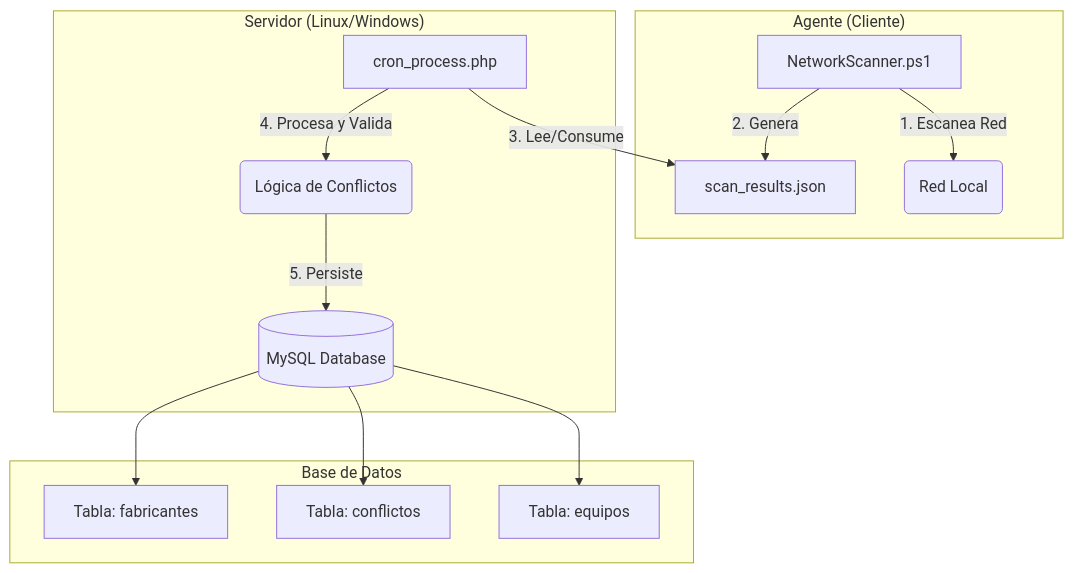
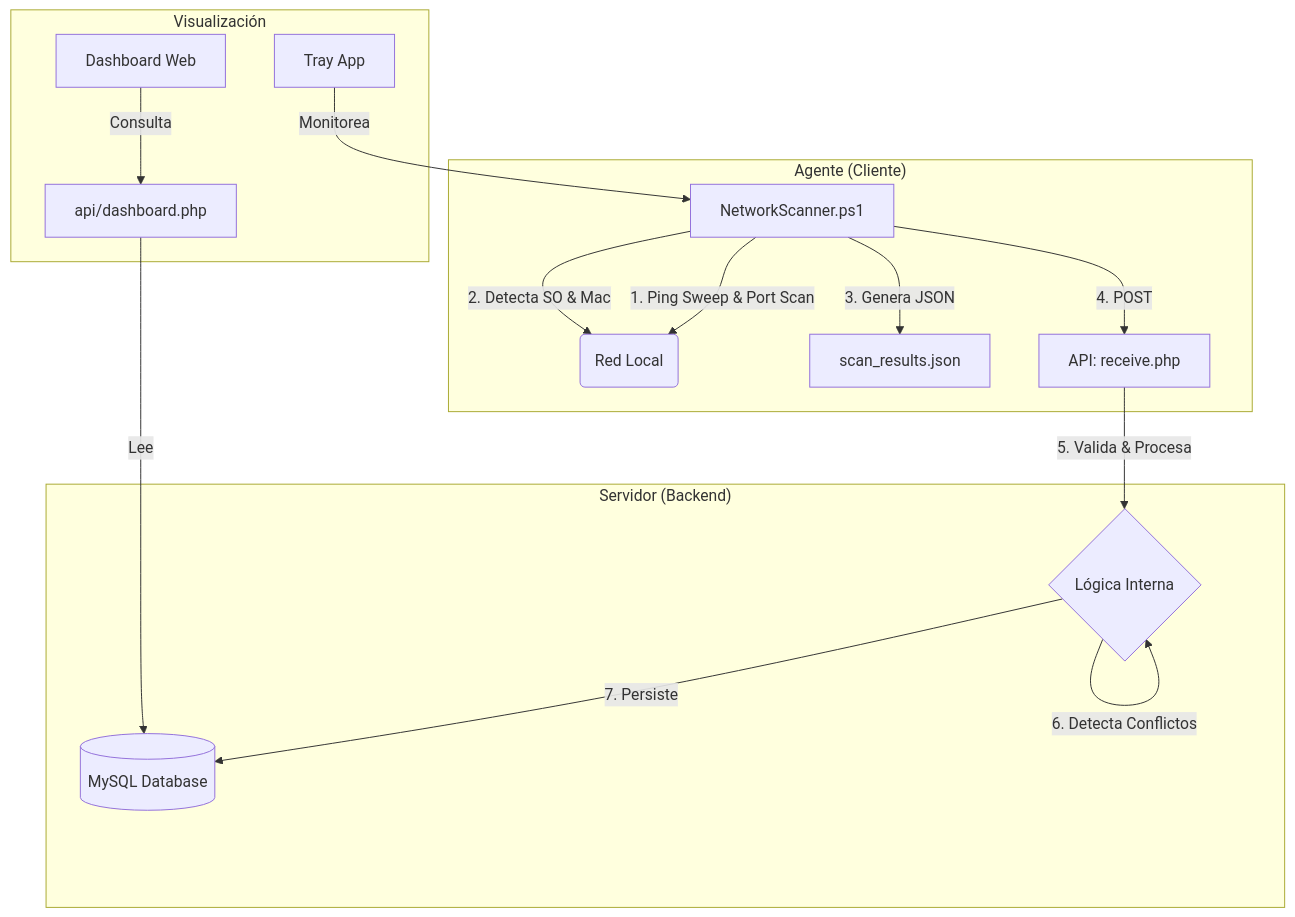
One commit to HectorPOsuna/escaner-red changed the diagram in README.md. Above: the diagram before and after it, drawn with Mermaid. The commit also changed other lines of this file and 5 other files, not shown here.

````diff
--- a/README.md
+++ b/README.md
@@ -37,19 +37,21 @@
 ```mermaid
 graph TD
     subgraph "Agente (Cliente)"
-        A[NetworkScanner.ps1] -->|1. Escanea Red| B(Red Local)
-        A -->|2. Genera| C[scan_results.json]
+        A[NetworkScanner.ps1] -->|1. Ping Sweep & Port Scan| B(Red Local)
+        A -->|2. Detecta SO & Mac| B
+        A -->|3. Genera JSON| C[scan_results.json]
+        A -->|4. POST| D[API: receive.php]
     end
 
-    subgraph "Servidor (Linux/Windows)"
-        D[cron_process.php] -->|3. Lee/Consume| C
-        D -->|4. Procesa y Valida| E(Lógica de Conflictos)
-        E -->|5. Persiste| F[(MySQL Database)]
+    subgraph "Servidor (Backend)"
+        D -->|5. Valida & Procesa| E{Lógica Interna}
+        E -->|6. Detecta Conflictos| E
+        E -->|7. Persiste| F[(MySQL Database)]
     end
 
-    subgraph "Base de Datos"
-        F --> G[Tabla: equipos]
-        F --> H[Tabla: conflictos]
-        F --> I[Tabla: fabricantes]
+    subgraph "Visualización"
+        G[Dashboard Web] -->|Consulta| H[api/dashboard.php]
+        H -->|Lee| F
+        I[Tray App] -->|Monitorea| A
     end
 ```
````
